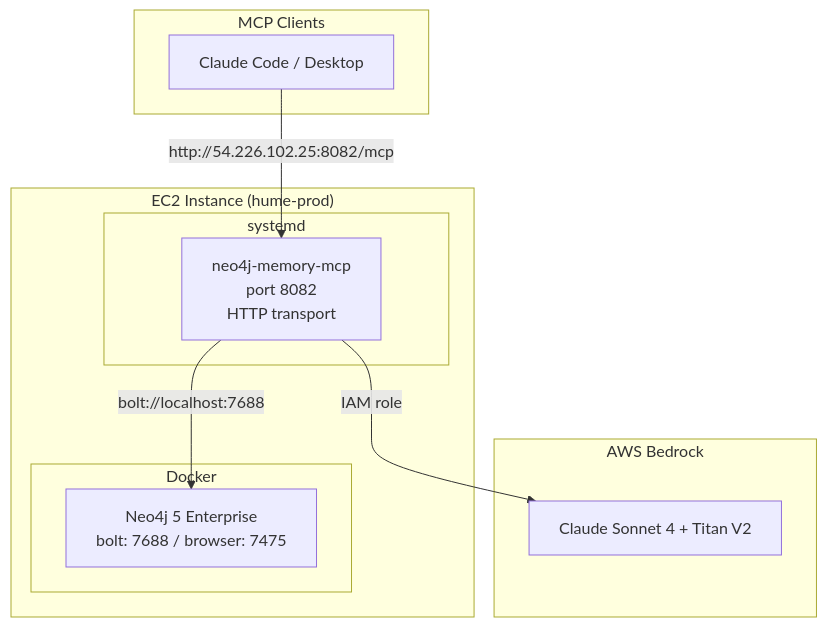
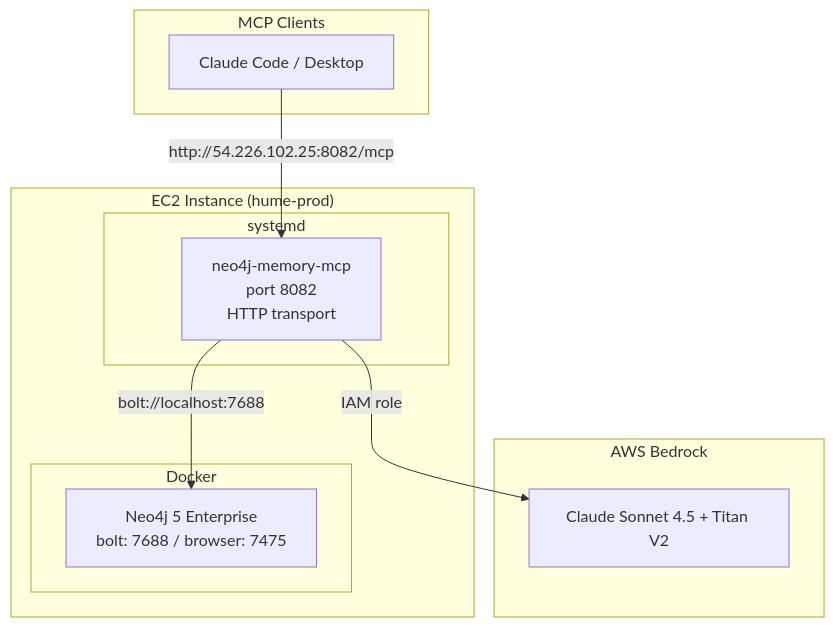
The seventh of 7 diagrams in README.md (MuddyBootsCode/neo4j-agent-memory-mcp), drawn with Mermaid before and after one commit. The commit also changed other lines of this file and 2 other files, not shown here.

First line of the commit message:
docs: rewrite README for single-graph architecture; note upgrade status

````diff
--- a/README.md
+++ b/README.md
@@ -364,25 +303,25 @@
 ```mermaid
 graph TB
     subgraph "EC2 Instance (hume-prod)"
         subgraph "systemd"
             MCP[neo4j-memory-mcp<br/>port 8082<br/>HTTP transport]
         end
 
         subgraph "Docker"
             NEO[Neo4j 5 Enterprise<br/>bolt: 7688 / browser: 7475]
         end
 
         MCP -->|bolt://localhost:7688| NEO
     end
 
     subgraph "AWS Bedrock"
-        B[Claude Sonnet 4 + Titan V2]
+        B[Claude Sonnet 4.5 + Titan V2]
     end
 
     subgraph "MCP Clients"
         CL[Claude Code / Desktop]
     end
 
     CL -->|http://54.226.102.25:8082/mcp| MCP
     MCP -->|IAM role| B
 ```
````
